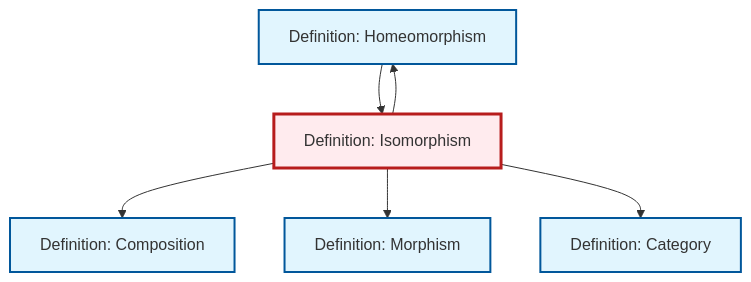
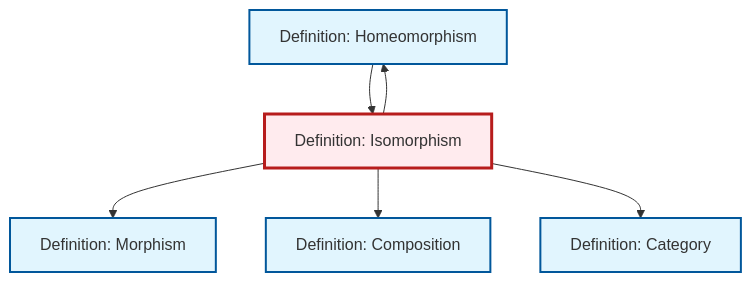
The diagram in content/ja/category-theory/def-isomorphism.qmd (RK0429/ModernMath), drawn with Mermaid before and after one commit. The commit also changed other lines of this file and 615 other files, not shown here.

````diff
--- a/content/ja/category-theory/def-isomorphism.qmd
+++ b/content/ja/category-theory/def-isomorphism.qmd
@@ -84,24 +84,24 @@
 ```{mermaid}
 %%| fig-cap: "Local dependency graph"
 graph TD
     classDef definition fill:#e1f5fe,stroke:#01579b,stroke-width:2px
     classDef theorem fill:#f3e5f5,stroke:#4a148c,stroke-width:2px
     classDef axiom fill:#fff3e0,stroke:#e65100,stroke-width:2px
     classDef example fill:#e8f5e9,stroke:#1b5e20,stroke-width:2px
     classDef current fill:#ffebee,stroke:#b71c1c,stroke-width:3px
-    def-homeomorphism["Definition: Homeomorphism"]:::definition
-    def-isomorphism["Definition: Isomorphism"]:::definition
     def-category["Definition: Category"]:::definition
     def-composition["Definition: Composition"]:::definition
     def-morphism["Definition: Morphism"]:::definition
-    def-isomorphism --> def-composition
+    def-homeomorphism["Definition: Homeomorphism"]:::definition
+    def-isomorphism["Definition: Isomorphism"]:::definition
     def-isomorphism --> def-morphism
     def-homeomorphism --> def-isomorphism
     def-isomorphism --> def-homeomorphism
+    def-isomorphism --> def-composition
     def-isomorphism --> def-category
     class def-isomorphism current
-    click def-homeomorphism "def-homeomorphism.html" "Definition: Homeomorphismへ"
     click def-category "def-category.html" "Definition: Categoryへ"
     click def-composition "def-composition.html" "Definition: Compositionへ"
     click def-morphism "def-morphism.html" "Definition: Morphismへ"
+    click def-homeomorphism "def-homeomorphism.html" "Definition: Homeomorphismへ"
 ```
````
